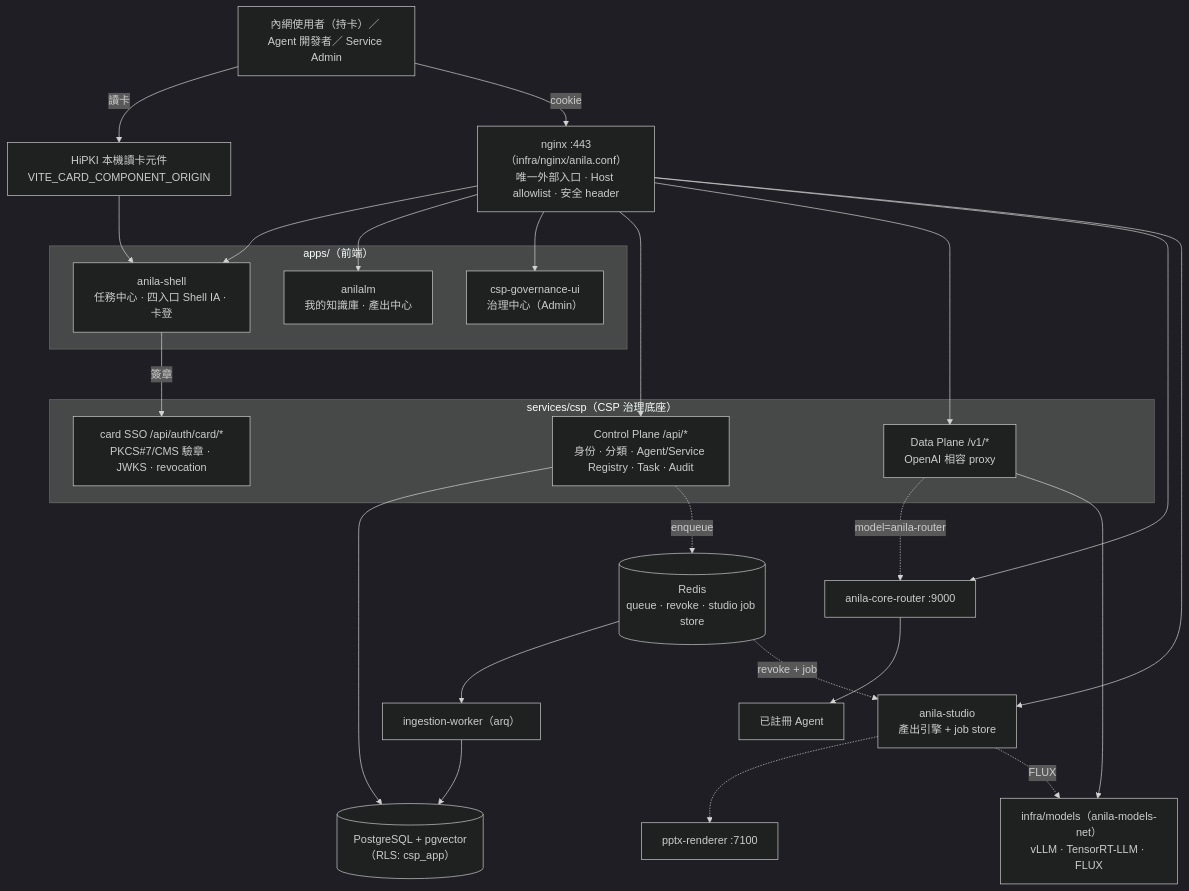
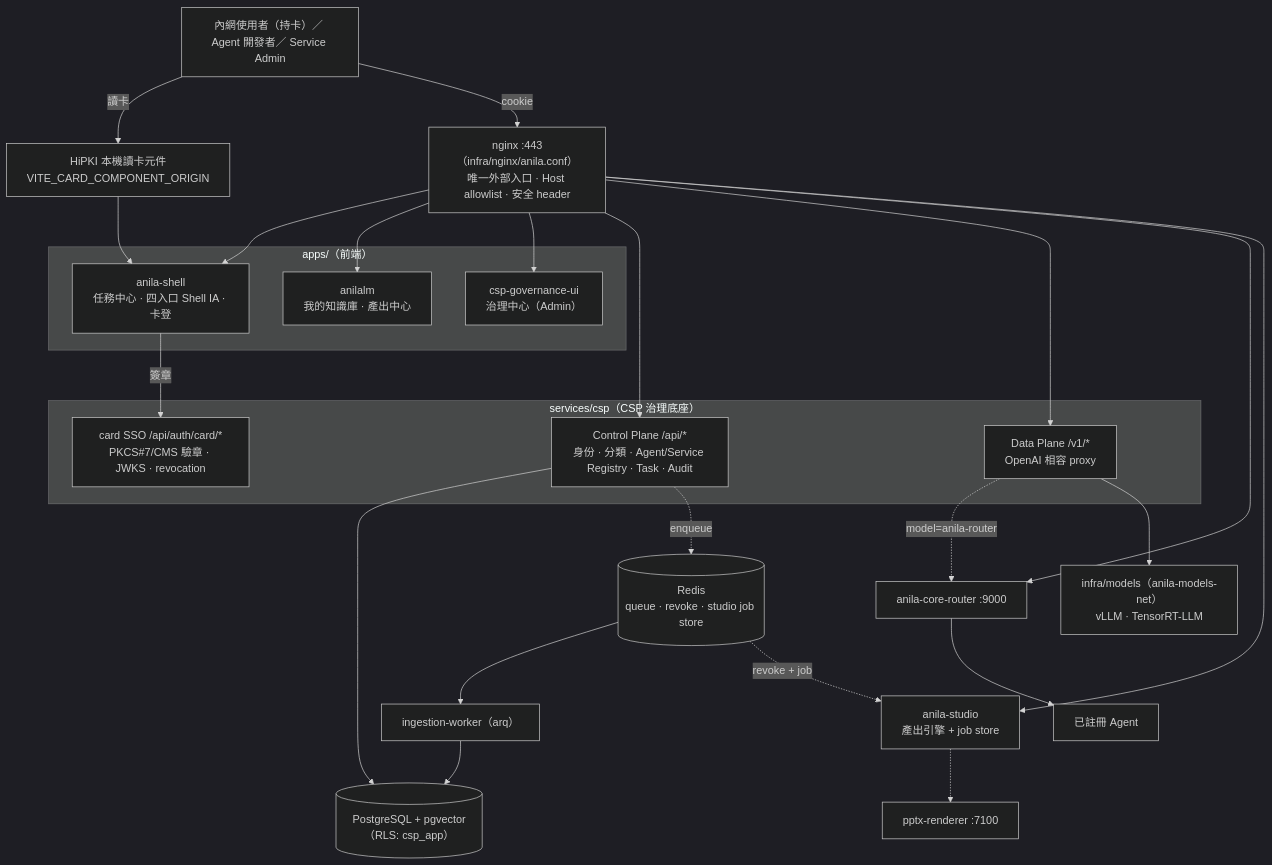
The diagram in README.md (zzw09773/ANILA), drawn with Mermaid (dark theme) before and after one commit. The commit also changed other lines of this file and 136 other files, not shown here.

````diff
--- a/README.md
+++ b/README.md
@@ -68,38 +68,37 @@
 ```mermaid
 flowchart TB
     users["內網使用者（持卡）／ Agent 開發者／ Service Admin"]
     card["HiPKI 本機讀卡元件<br/>VITE_CARD_COMPONENT_ORIGIN"]
     nginx["nginx :443（infra/nginx/anila.conf）<br/>唯一外部入口 · Host allowlist · 安全 header"]
 
     subgraph apps["apps/（前端）"]
         shell["anila-shell<br/>任務中心 · 四入口 Shell IA · 卡登"]
         alm["anilalm<br/>我的知識庫 · 產出中心"]
         gov["csp-governance-ui<br/>治理中心（Admin）"]
     end
 
     subgraph csp["services/csp（CSP 治理底座）"]
         ctrl["Control Plane /api/*<br/>身份 · 分類 · Agent/Service Registry · Task · Audit"]
         data["Data Plane /v1/*<br/>OpenAI 相容 proxy"]
         auth["card SSO /api/auth/card/*<br/>PKCS#7/CMS 驗章 · JWKS · revocation"]
     end
 
     router["anila-core-router :9000"]
     studio["anila-studio<br/>產出引擎 + job store"]
     pptx["pptx-renderer :7100"]
     worker["ingestion-worker（arq）"]
     agents["已註冊 Agent"]
     redis[("Redis<br/>queue · revoke · studio job store")]
     db[("PostgreSQL + pgvector（RLS: csp_app）")]
-    models["infra/models（anila-models-net）<br/>vLLM · TensorRT-LLM · FLUX"]
+    models["infra/models（anila-models-net）<br/>vLLM · TensorRT-LLM"]
 
     users -->|讀卡| card --> shell
     users -->|cookie| nginx --> shell & alm & gov & ctrl & data & router & studio
     shell -->|簽章| auth
     data -.->|model=anila-router| router --> agents
     ctrl --> db
     data --> models
     ctrl -.->|enqueue| redis --> worker --> db
     studio -.-> pptx
-    studio -.->|FLUX| models
     redis -.->|revoke + job| studio
 ```
````
